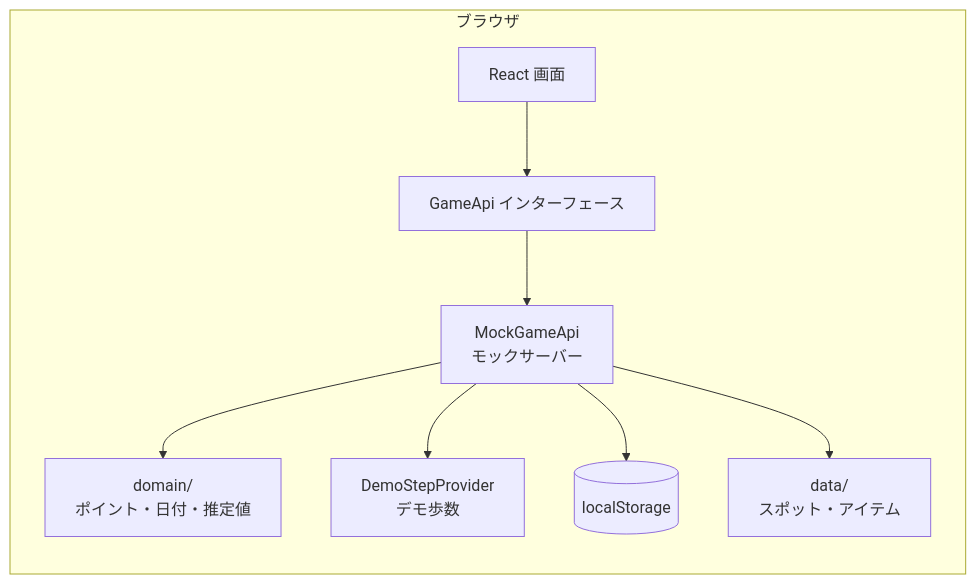
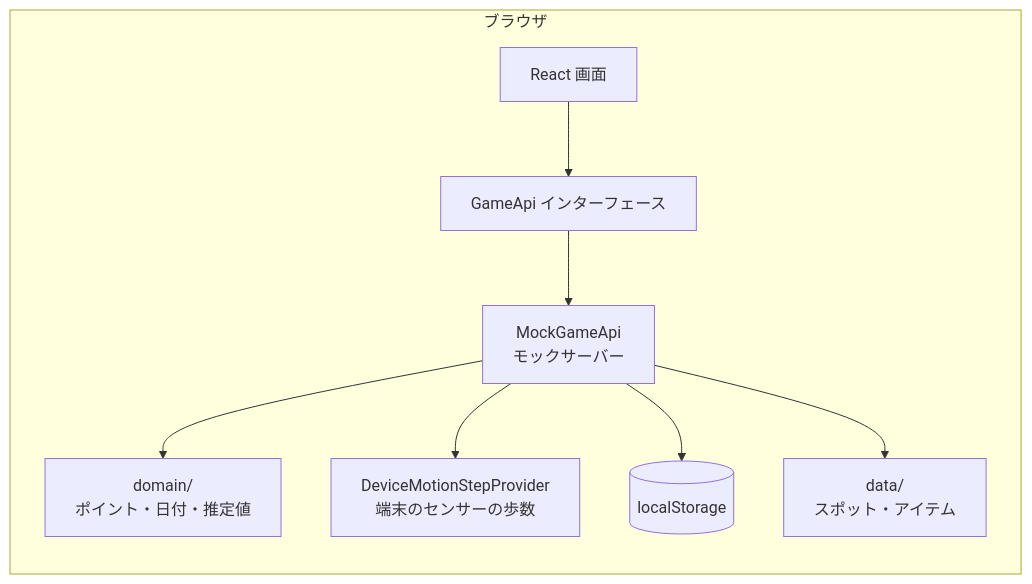
One commit to somknt/ehimewalk changed the first of 3 diagrams in .kiro/specs/ehime-walk-quest/design.md. Above: the diagram before and after it, drawn with Mermaid. The commit also changed other lines of this file and 22 other files, not shown here.

````diff
--- a/.kiro/specs/ehime-walk-quest/design.md
+++ b/.kiro/specs/ehime-walk-quest/design.md
@@ -16,11 +16,11 @@
 ```mermaid
 flowchart LR
   subgraph Browser[ブラウザ]
     UI[React 画面] --> API[GameApi インターフェース]
     API --> Mock[MockGameApi<br/>モックサーバー]
     Mock --> Domain[domain/<br/>ポイント・日付・推定値]
-    Mock --> Demo[DemoStepProvider<br/>デモ歩数]
+    Mock --> Demo[DeviceMotionStepProvider<br/>端末のセンサーの歩数]
     Mock --> LS[(localStorage)]
     Mock --> Master[data/<br/>スポット・アイテム]
   end
 ```
````
